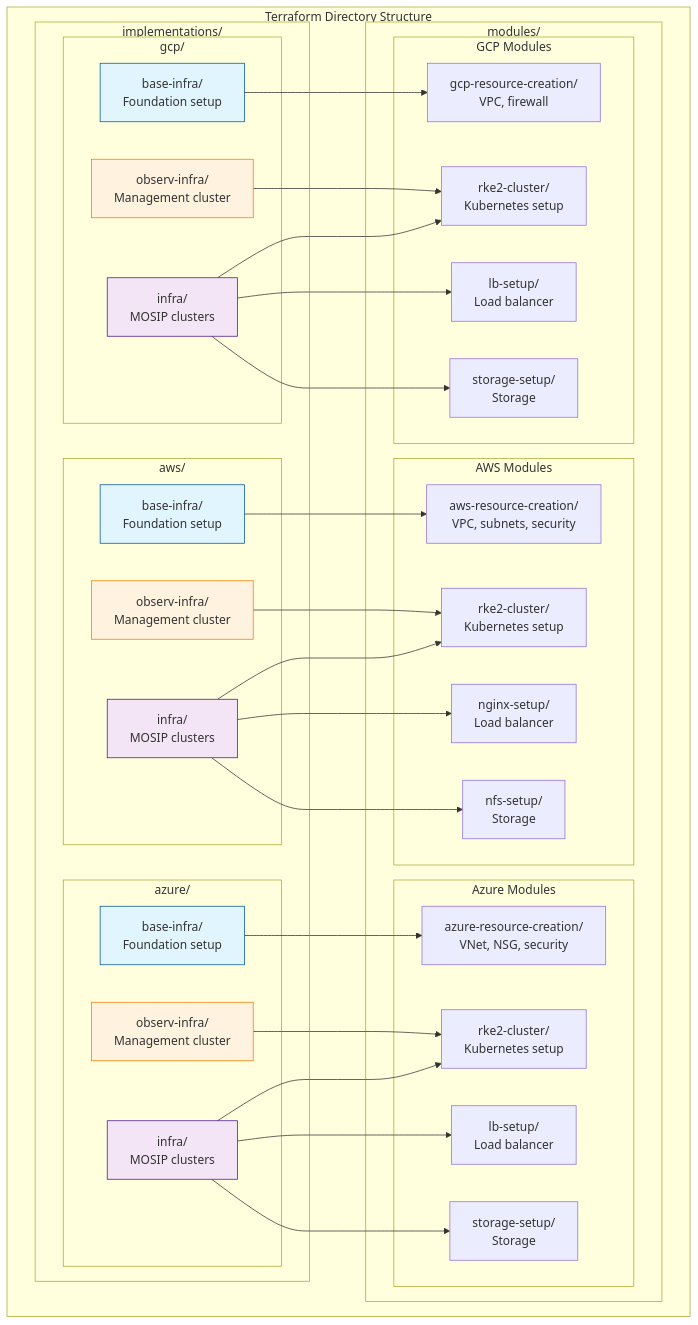
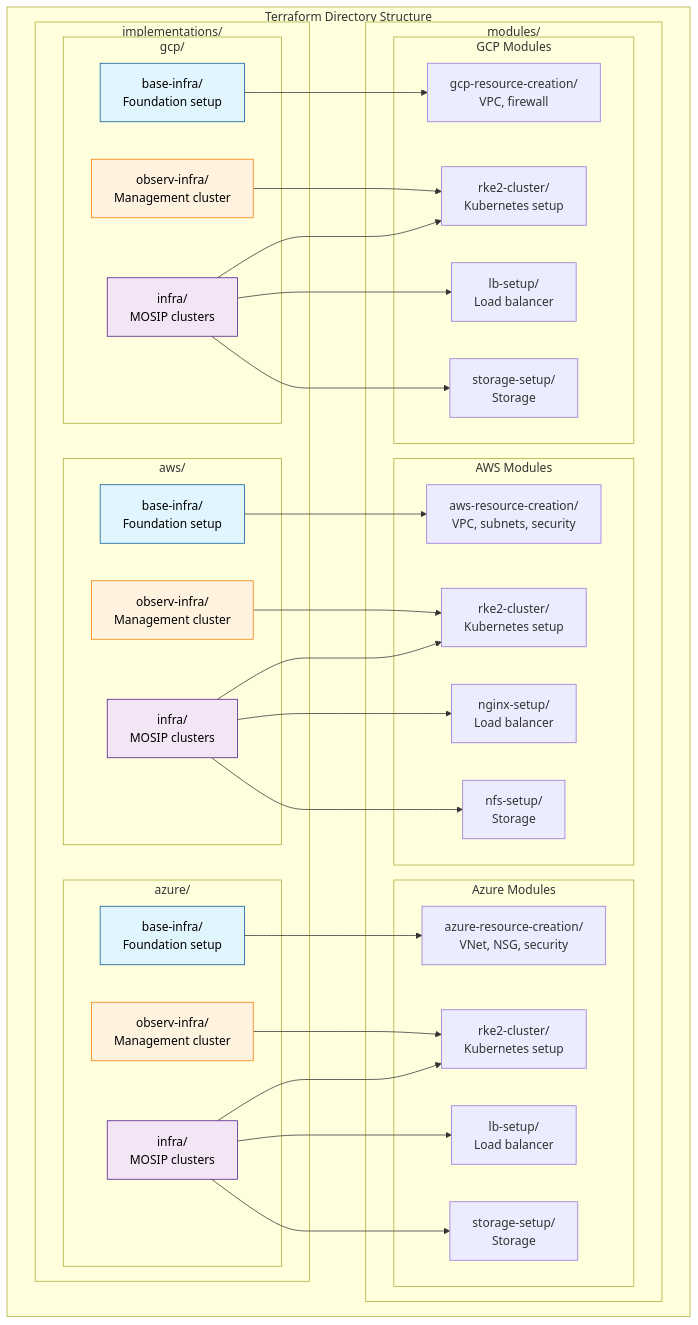
Before and after one commit to mosip/infra: the third of 3 diagrams in docs/_images/ARCHITECTURE_DIAGRAMS.md, drawn with Mermaid. The commit also changed other lines of this file and 14 other files, not shown here.

````diff
--- a/docs/_images/ARCHITECTURE_DIAGRAMS.md
+++ b/docs/_images/ARCHITECTURE_DIAGRAMS.md
@@ -162,71 +162,71 @@
 ```mermaid
 graph TB
     subgraph "Terraform Directory Structure"
         subgraph "implementations/"
             subgraph "aws/"
                 AWS_BASE[base-infra/<br/>Foundation setup]
                 AWS_OBS[observ-infra/<br/>Management cluster]
                 AWS_INF[infra/<br/>MOSIP clusters]
             end
             subgraph "azure/"
                 AZ_BASE[base-infra/<br/>Foundation setup]
                 AZ_OBS[observ-infra/<br/>Management cluster]
                 AZ_INF[infra/<br/>MOSIP clusters]
             end
             subgraph "gcp/"
                 GCP_BASE[base-infra/<br/>Foundation setup]
                 GCP_OBS[observ-infra/<br/>Management cluster]
                 GCP_INF[infra/<br/>MOSIP clusters]
             end
         end
         
         subgraph "modules/"
             subgraph "AWS Modules"
                 AWS_VPC[aws-resource-creation/<br/>VPC, subnets, security]
                 AWS_RKE[rke2-cluster/<br/>Kubernetes setup]
                 AWS_NGINX[nginx-setup/<br/>Load balancer]
                 AWS_NFS[nfs-setup/<br/>Storage]
             end
             subgraph "Azure Modules"
                 AZ_VNET[azure-resource-creation/<br/>VNet, NSG, security]
                 AZ_RKE[rke2-cluster/<br/>Kubernetes setup]
                 AZ_LB[lb-setup/<br/>Load balancer]
                 AZ_STOR[storage-setup/<br/>Storage]
             end
             subgraph "GCP Modules"
                 GCP_VPC_MOD[gcp-resource-creation/<br/>VPC, firewall]
                 GCP_RKE[rke2-cluster/<br/>Kubernetes setup]
                 GCP_LB[lb-setup/<br/>Load balancer]
                 GCP_STOR[storage-setup/<br/>Storage]
             end
         end
     end
     
     AWS_BASE --> AWS_VPC
     AWS_OBS --> AWS_RKE
     AWS_INF --> AWS_RKE
     AWS_INF --> AWS_NGINX
     AWS_INF --> AWS_NFS
     
     AZ_BASE --> AZ_VNET
     AZ_OBS --> AZ_RKE
     AZ_INF --> AZ_RKE
     AZ_INF --> AZ_LB
     AZ_INF --> AZ_STOR
     
     GCP_BASE --> GCP_VPC_MOD
     GCP_OBS --> GCP_RKE
     GCP_INF --> GCP_RKE
     GCP_INF --> GCP_LB
     GCP_INF --> GCP_STOR
     
-    style AWS_BASE fill:#e1f5fe,stroke:#01579b
-    style AWS_OBS fill:#fff3e0,stroke:#f57c00
-    style AWS_INF fill:#f3e5f5,stroke:#4a148c
-    style AZ_BASE fill:#e1f5fe,stroke:#01579b
-    style AZ_OBS fill:#fff3e0,stroke:#f57c00
-    style AZ_INF fill:#f3e5f5,stroke:#4a148c
-    style GCP_BASE fill:#e1f5fe,stroke:#01579b
-    style GCP_OBS fill:#fff3e0,stroke:#f57c00
-    style GCP_INF fill:#f3e5f5,stroke:#4a148c
+    style AWS_BASE fill:#e1f5fe,stroke:#01579b,color:#000000
+    style AWS_OBS fill:#fff3e0,stroke:#f57c00,color:#000000
+    style AWS_INF fill:#f3e5f5,stroke:#4a148c,color:#000000
+    style AZ_BASE fill:#e1f5fe,stroke:#01579b,color:#000000
+    style AZ_OBS fill:#fff3e0,stroke:#f57c00,color:#000000
+    style AZ_INF fill:#f3e5f5,stroke:#4a148c,color:#000000
+    style GCP_BASE fill:#e1f5fe,stroke:#01579b,color:#000000
+    style GCP_OBS fill:#fff3e0,stroke:#f57c00,color:#000000
+    style GCP_INF fill:#f3e5f5,stroke:#4a148c,color:#000000
 ```
````
